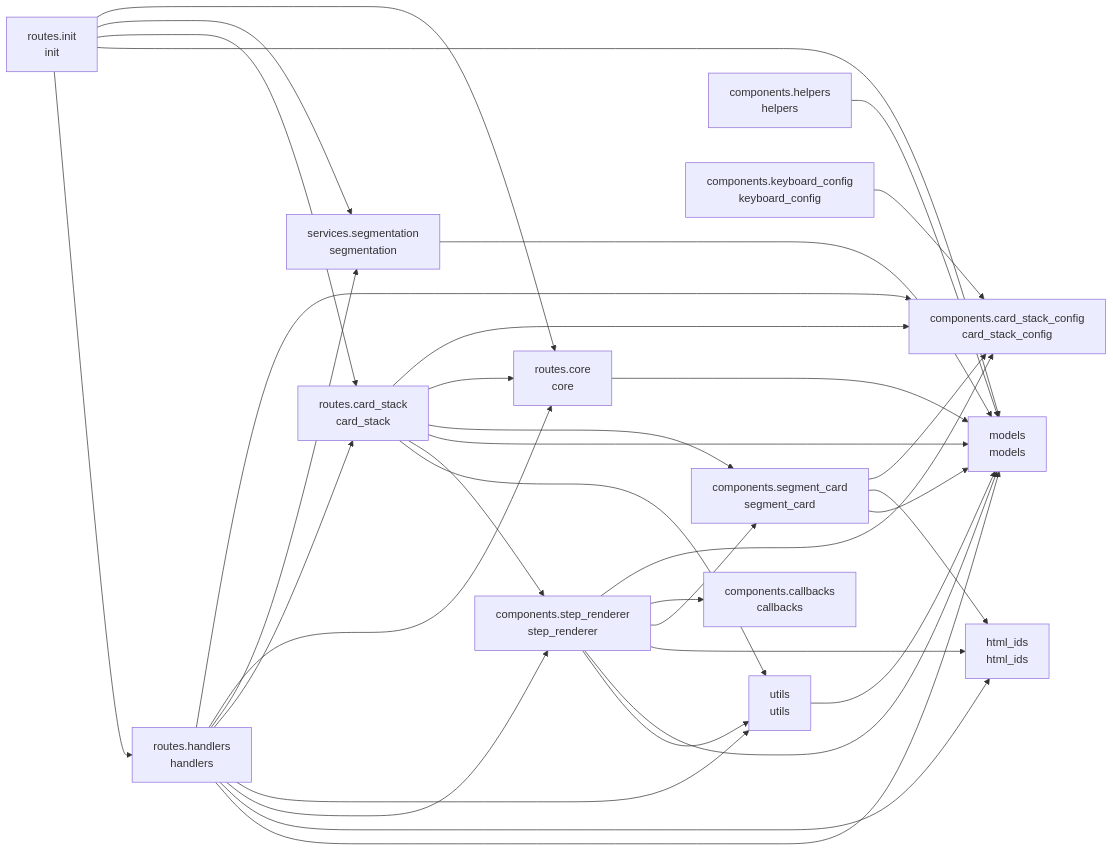
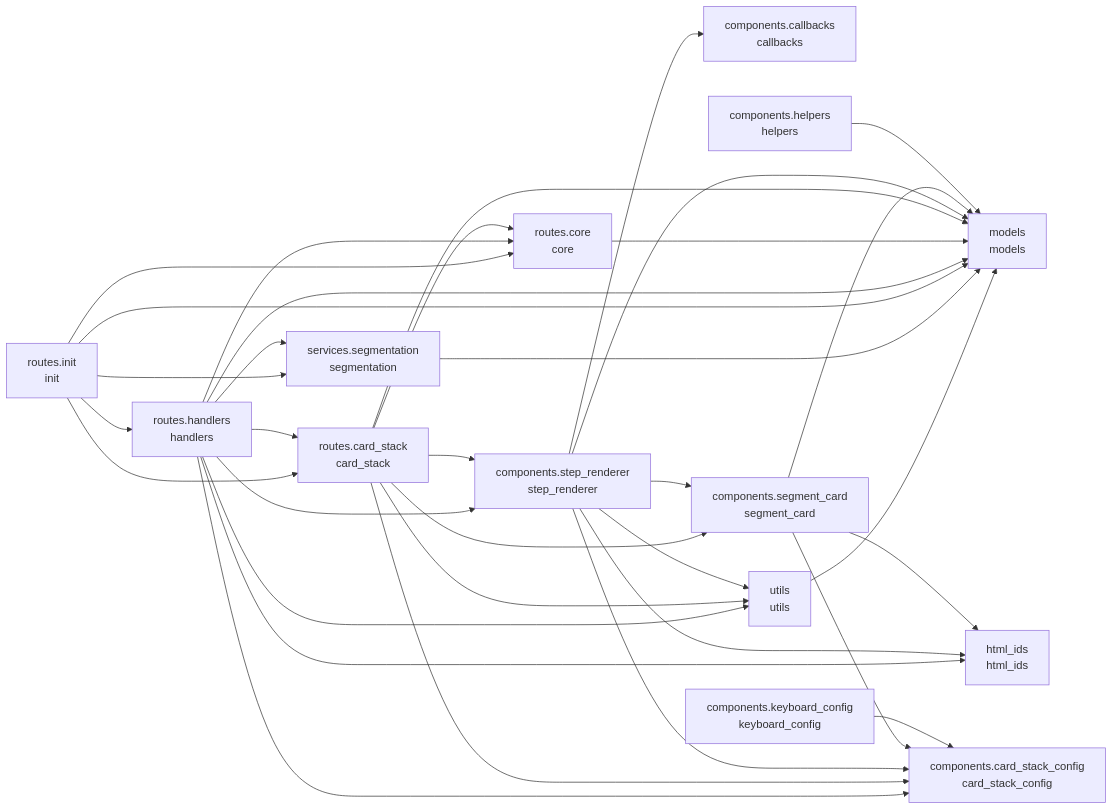
One commit to cj-mills/cjm-transcript-segmentation changed the diagram in README.md. Above: the diagram before and after it, drawn with Mermaid. The commit also changed other lines of this file and 6 other files, not shown here.

````diff
--- a/README.md
+++ b/README.md
@@ -37,51 +37,51 @@
 ``` mermaid
 graph LR
     components_callbacks[components.callbacks<br/>callbacks]
     components_card_stack_config[components.card_stack_config<br/>card_stack_config]
     components_helpers[components.helpers<br/>helpers]
     components_keyboard_config[components.keyboard_config<br/>keyboard_config]
     components_segment_card[components.segment_card<br/>segment_card]
     components_step_renderer[components.step_renderer<br/>step_renderer]
     html_ids[html_ids<br/>html_ids]
     models[models<br/>models]
     routes_card_stack[routes.card_stack<br/>card_stack]
     routes_core[routes.core<br/>core]
     routes_handlers[routes.handlers<br/>handlers]
     routes_init[routes.init<br/>init]
     services_segmentation[services.segmentation<br/>segmentation]
     utils[utils<br/>utils]
 
     components_helpers --> models
     components_keyboard_config --> components_card_stack_config
-    components_segment_card --> components_card_stack_config
     components_segment_card --> html_ids
     components_segment_card --> models
-    components_step_renderer --> components_card_stack_config
+    components_segment_card --> components_card_stack_config
+    components_step_renderer --> components_segment_card
     components_step_renderer --> components_callbacks
-    components_step_renderer --> components_segment_card
     components_step_renderer --> html_ids
     components_step_renderer --> models
+    components_step_renderer --> components_card_stack_config
     components_step_renderer --> utils
+    routes_card_stack --> components_segment_card
+    routes_card_stack --> utils
+    routes_card_stack --> routes_core
     routes_card_stack --> components_card_stack_config
-    routes_card_stack --> routes_core
-    routes_card_stack --> components_segment_card
     routes_card_stack --> models
     routes_card_stack --> components_step_renderer
-    routes_card_stack --> utils
     routes_core --> models
-    routes_handlers --> components_card_stack_config
+    routes_handlers --> components_step_renderer
     routes_handlers --> routes_core
-    routes_handlers --> services_segmentation
     routes_handlers --> routes_card_stack
-    routes_handlers --> utils
-    routes_handlers --> components_step_renderer
     routes_handlers --> html_ids
     routes_handlers --> models
+    routes_handlers --> utils
+    routes_handlers --> components_card_stack_config
+    routes_handlers --> services_segmentation
+    routes_init --> services_segmentation
+    routes_init --> routes_handlers
+    routes_init --> models
     routes_init --> routes_core
-    routes_init --> services_segmentation
     routes_init --> routes_card_stack
-    routes_init --> models
-    routes_init --> routes_handlers
     services_segmentation --> models
     utils --> models
 ```
````
